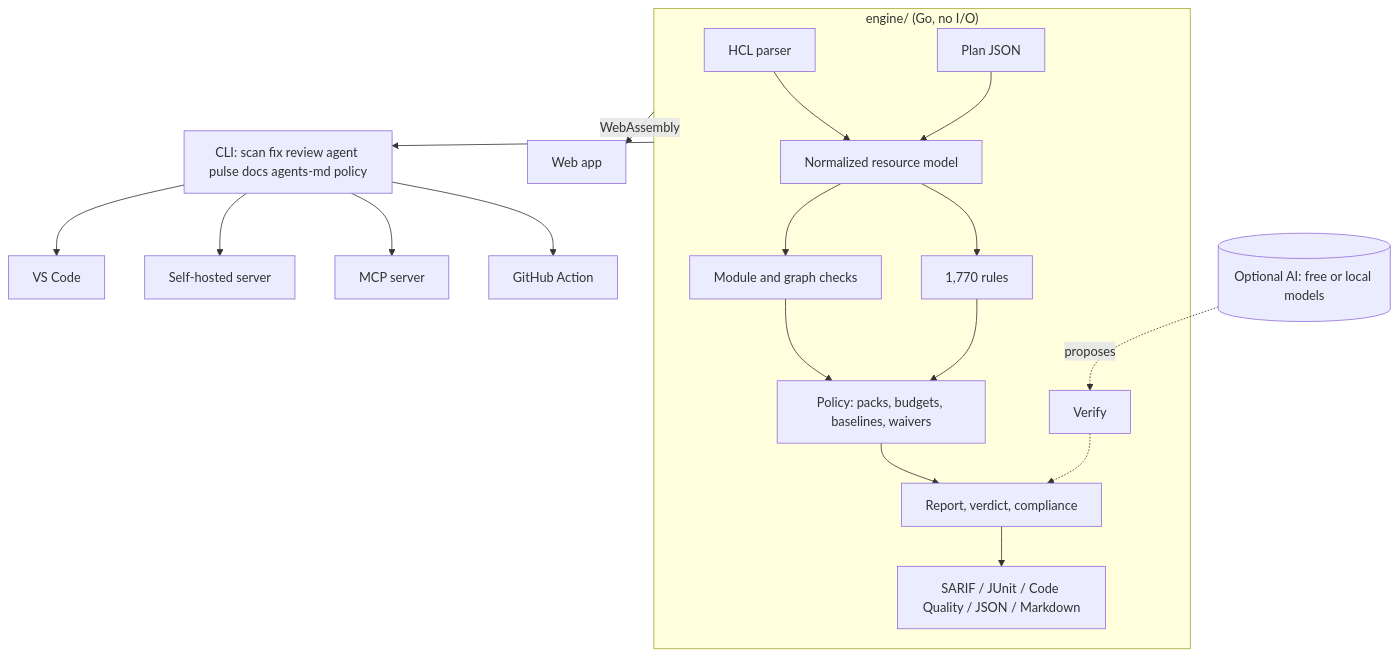
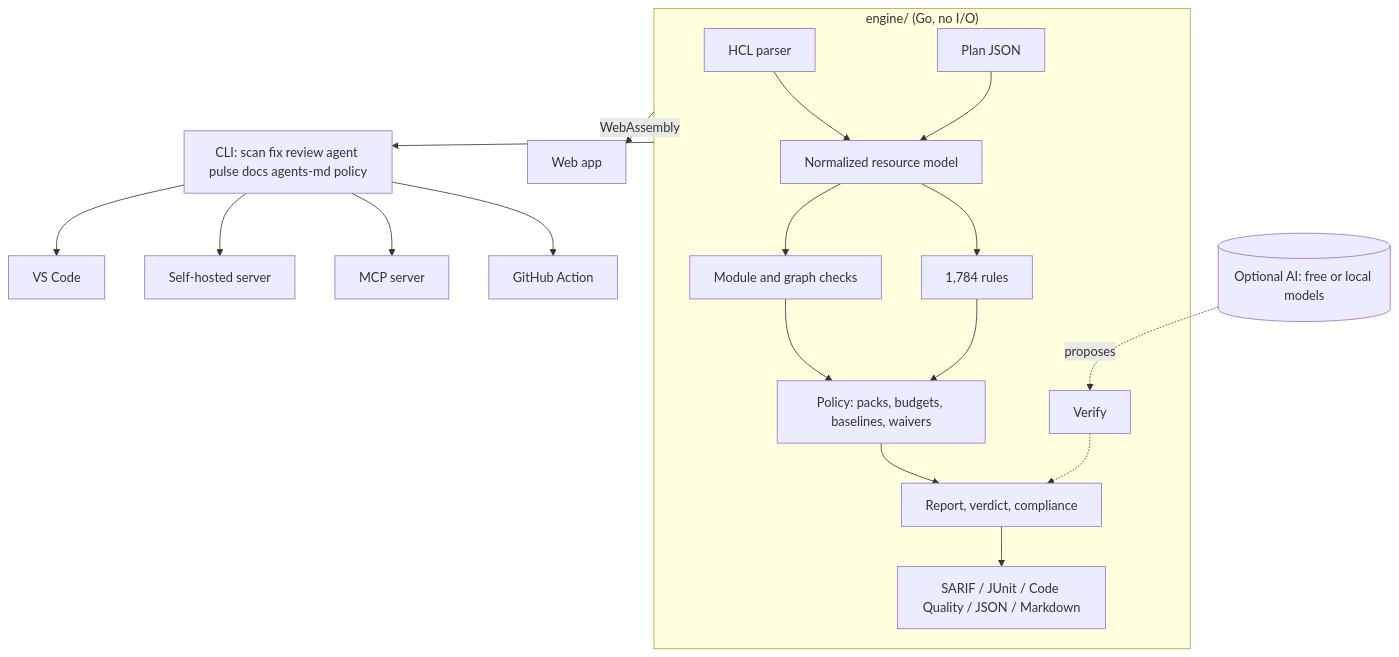
Before and after one commit to Karthik-099/TERRAGUARD: the second of 2 diagrams in README.md, drawn with Mermaid. The commit also changed other lines of this file and 63 other files, not shown here.

````diff
--- a/README.md
+++ b/README.md
@@ -182,16 +195,16 @@
 ```mermaid
 flowchart TB
   subgraph Engine["engine/ (Go, no I/O)"]
     P[HCL parser] --> N[Normalized resource model]
     PL[Plan JSON] --> N
-    N --> R[1,770 rules] & M[Module and graph checks]
+    N --> R[1,784 rules] & M[Module and graph checks]
     R & M --> POL[Policy: packs, budgets, baselines, waivers]
     POL --> REP[Report, verdict, compliance]
     REP --> OUT[SARIF / JUnit / Code Quality / JSON / Markdown]
     V[Verify] -.-> REP
   end
   Engine -->|WebAssembly| WEB[Web app]
   Engine --> CLI[CLI: scan fix review agent pulse docs agents-md policy]
   CLI --> ACT[GitHub Action] & MCP[MCP server] & SRV[Self-hosted server] & VSC[VS Code]
   AI[(Optional AI: free or local models)] -. proposes .-> V
 ```
````
